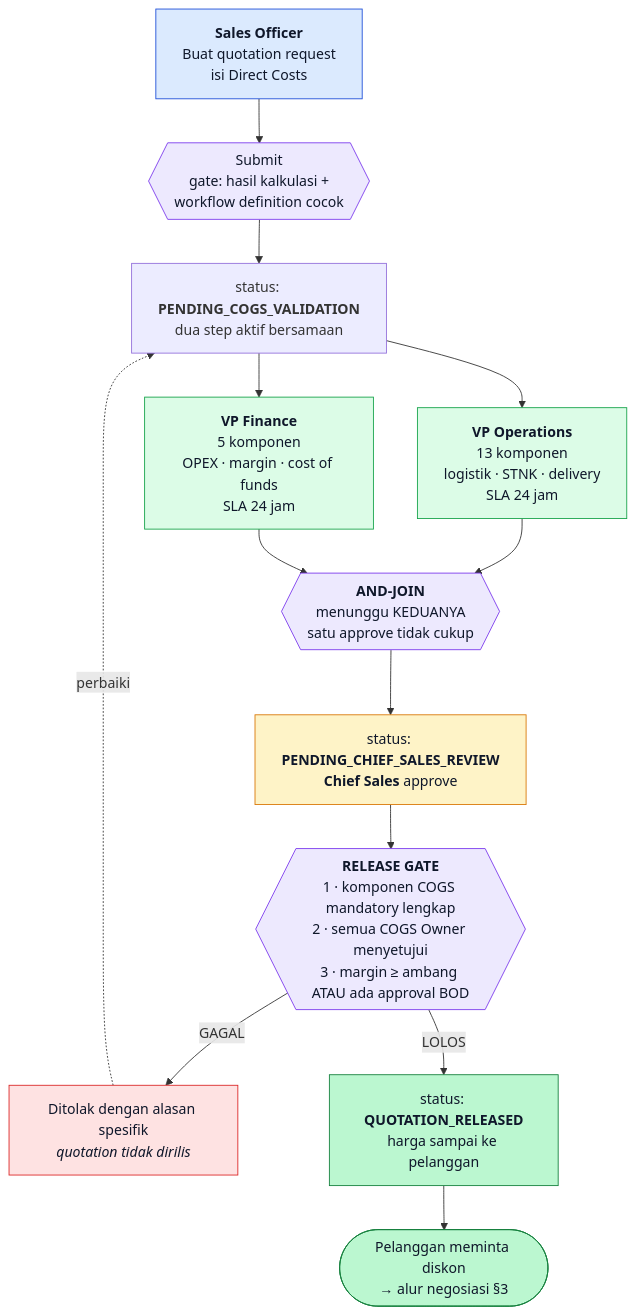
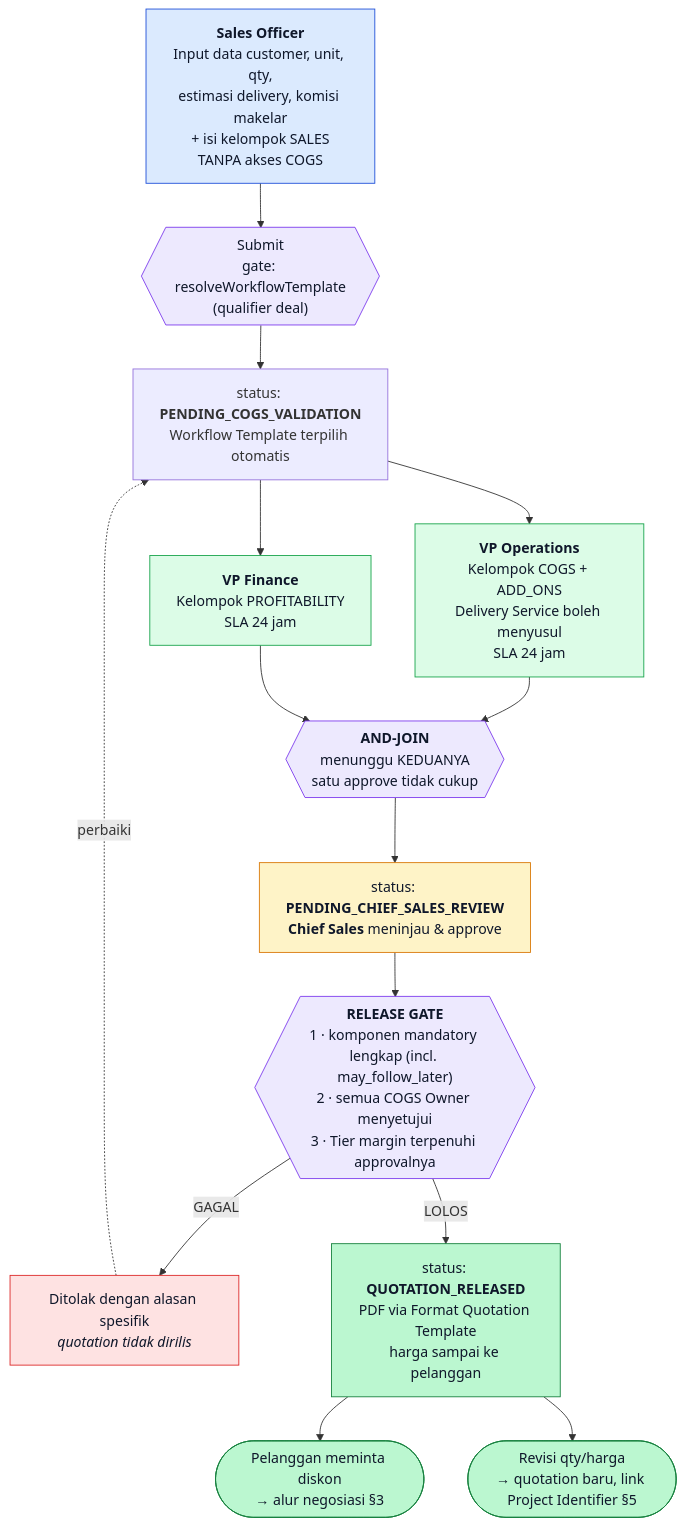
Before and after one commit to vince123890/dssvktr: the first of 4 diagrams in docs/DEMO-FLOW-OVERVIEW.md, drawn with Mermaid. The commit also changed other lines of this file and 56 other files, not shown here.

````diff
--- a/docs/DEMO-FLOW-OVERVIEW.md
+++ b/docs/DEMO-FLOW-OVERVIEW.md
@@ -39,36 +48,37 @@
 ```mermaid
 flowchart TD
-    A["<b>Sales Officer</b><br/>Buat quotation request<br/>isi Direct Costs"] --> B{{"Submit<br/>gate: hasil kalkulasi +<br/>workflow definition cocok"}}
+    A["<b>Sales Officer</b><br/>Input data customer, unit, qty,<br/>estimasi delivery, komisi makelar<br/>+ isi kelompok SALES<br/>TANPA akses COGS"] --> B{{"Submit<br/>gate: resolveWorkflowTemplate<br/>(qualifier deal)"}}
 
-    B --> C["status: <b>PENDING_COGS_VALIDATION</b><br/>dua step aktif bersamaan"]
+    B --> C["status: <b>PENDING_COGS_VALIDATION</b><br/>Workflow Template terpilih otomatis"]
 
-    C --> D["<b>VP Operations</b><br/>13 komponen<br/>logistik · STNK · delivery<br/>SLA 24 jam"]
-    C --> E["<b>VP Finance</b><br/>5 komponen<br/>OPEX · margin · cost of funds<br/>SLA 24 jam"]
+    C --> D["<b>VP Operations</b><br/>Kelompok COGS + ADD_ONS<br/>Delivery Service boleh menyusul<br/>SLA 24 jam"]
+    C --> E["<b>VP Finance</b><br/>Kelompok PROFITABILITY<br/>SLA 24 jam"]
 
     D --> F{{"<b>AND-JOIN</b><br/>menunggu KEDUANYA<br/>satu approve tidak cukup"}}
     E --> F
 
-    F --> G["status: <b>PENDING_CHIEF_SALES_REVIEW</b><br/><b>Chief Sales</b> approve"]
+    F --> G["status: <b>PENDING_CHIEF_SALES_REVIEW</b><br/><b>Chief Sales</b> meninjau & approve"]
 
-    G --> H{{"<b>RELEASE GATE</b><br/>1 · komponen COGS mandatory lengkap<br/>2 · semua COGS Owner menyetujui<br/>3 · margin ≥ ambang ATAU ada approval BOD"}}
+    G --> H{{"<b>RELEASE GATE</b><br/>1 · komponen mandatory lengkap (incl. may_follow_later)<br/>2 · semua COGS Owner menyetujui<br/>3 · Tier margin terpenuhi approvalnya"}}
 
     H -->|GAGAL| I["Ditolak dengan alasan spesifik<br/><i>quotation tidak dirilis</i>"]
-    H -->|LOLOS| J["status: <b>QUOTATION_RELEASED</b><br/>harga sampai ke pelanggan"]
+    H -->|LOLOS| J["status: <b>QUOTATION_RELEASED</b><br/>PDF via Format Quotation Template<br/>harga sampai ke pelanggan"]
 
     I -.->|perbaiki| C
     J --> K(["Pelanggan meminta diskon<br/>→ alur negosiasi §3"])
+    J --> L(["Revisi qty/harga<br/>→ quotation baru, link Project Identifier §5"])
 
     classDef sales fill:#dbeafe,stroke:#1d4ed8,color:#0f172a
     classDef cogs fill:#dcfce7,stroke:#16a34a,color:#0f172a
     classDef chief fill:#fef3c7,stroke:#d97706,color:#0f172a
     classDef gate fill:#ede9fe,stroke:#7c3aed,color:#0f172a
     classDef ok fill:#bbf7d0,stroke:#15803d,color:#0f172a
     classDef bad fill:#fee2e2,stroke:#dc2626,color:#0f172a
 
     class A sales
     class D,E cogs
     class G chief
     class B,F,H gate
-    class J,K ok
+    class J,K,L ok
     class I bad
 ```
````
